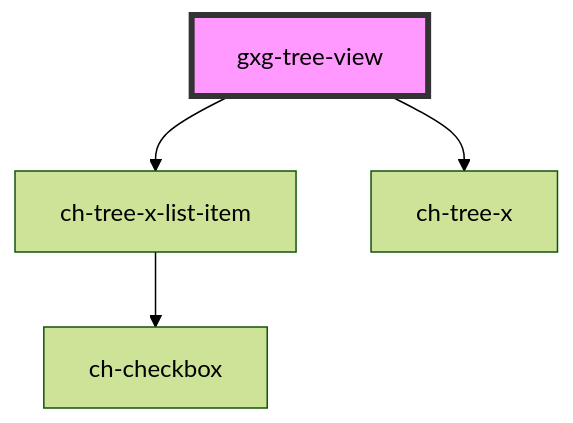
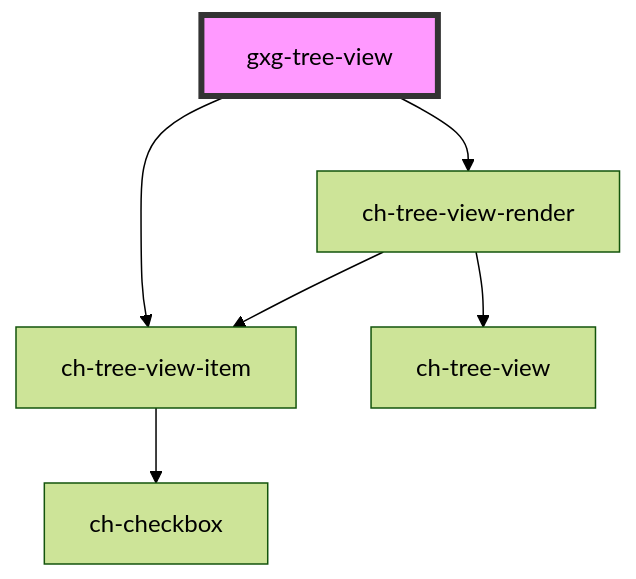
Before and after one commit to genexuslabs/gemini: the diagram in src/components/tree-view/readme.md, drawn with Mermaid (forest theme). The commit also changed other lines of this file and 6 other files, not shown here.

Commit message:
update tree-view

````diff
--- a/src/components/tree-view/readme.md
+++ b/src/components/tree-view/readme.md
@@ -96,7 +100,9 @@
 ```mermaid
 graph TD;
-  gxg-tree-view --> ch-tree-x-list-item
-  gxg-tree-view --> ch-tree-x
-  ch-tree-x-list-item --> ch-checkbox
+  gxg-tree-view --> ch-tree-view-render
+  gxg-tree-view --> ch-tree-view-item
+  ch-tree-view-render --> ch-tree-view
+  ch-tree-view-render --> ch-tree-view-item
+  ch-tree-view-item --> ch-checkbox
   style gxg-tree-view fill:#f9f,stroke:#333,stroke-width:4px
 ```
````
